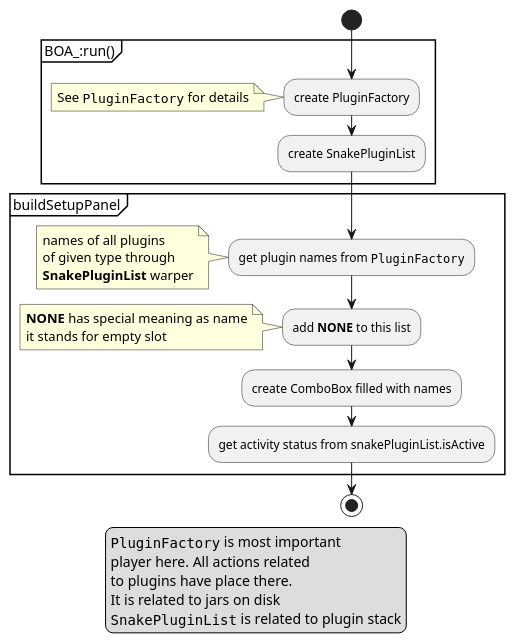
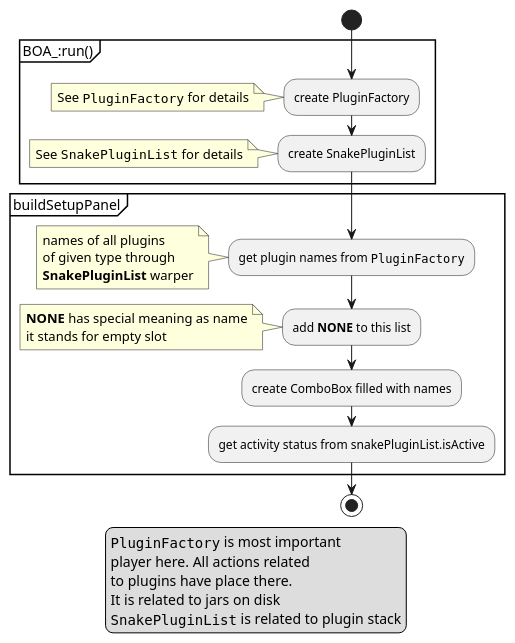
Before and after one commit to CellDynamics/QuimP: the second of 10 diagrams in Doxygen_doc/SnakePlugin.md, drawn with PlantUML. The commit also changed other lines of this file and 3 other files, not shown here.

```diff
--- a/Doxygen_doc/SnakePlugin.md
+++ b/Doxygen_doc/SnakePlugin.md
@@ -110,26 +126,29 @@
 @startuml
 start
 partition BOA_:run() {
 :create PluginFactory;
 note left 
 See ""PluginFactory"" for details
 end note
 :create SnakePluginList;
+note left 
+See ""SnakePluginList"" for details
+end note
 }
 partition buildSetupPanel {
 :get plugin names from ""PluginFactory"";
 note left: names of all plugins\nof given type through\n**SnakePluginList** warper
 :add **NONE** to this list;
 note left: **NONE** has special meaning as name\nit stands for empty slot
 :create ComboBox filled with names;
 :get activity status from snakePluginList.isActive;
 }
 stop
 legend
 ""PluginFactory"" is most important
 player here. All actions related
 to plugins have place there.
 It is related to jars on disk
 ""SnakePluginList"" is related to plugin stack
 end legend
 @enduml
```
